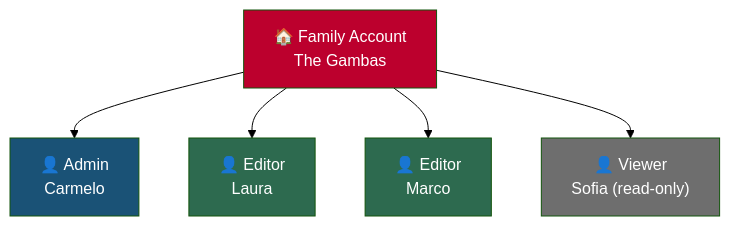
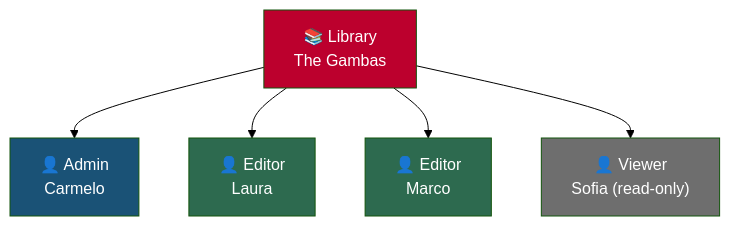
One commit to jinbocho/jinbocho.github.io changed the first of 2 diagrams in docs/user/09-user-management.md. Above: the diagram before and after it, drawn with Mermaid (forest theme). The commit also changed other lines of this file and 70 other files, not shown here.

````diff
--- a/docs/user/09-user-management.md
+++ b/docs/user/09-user-management.md
@@ -10,18 +12,18 @@
 ```mermaid
 graph TD
-    F["🏠 Family Account<br/>The Gambas"]
+    F["📚 Library<br/>The Gambas"]
     A["👤 Admin<br/>Carmelo"]
     E1["👤 Editor<br/>Laura"]
     E2["👤 Editor<br/>Marco"]
     V["👤 Viewer<br/>Sofia (read-only)"]
     F --> A
     F --> E1
     F --> E2
     F --> V
 
     style F fill:#BC002D,color:#fff
     style A fill:#1A5276,color:#fff
     style E1 fill:#2D6A4F,color:#fff
     style E2 fill:#2D6A4F,color:#fff
     style V fill:#6E6E6E,color:#fff
 ```
````
